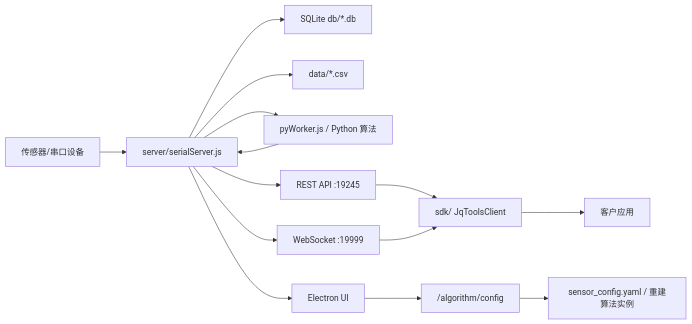
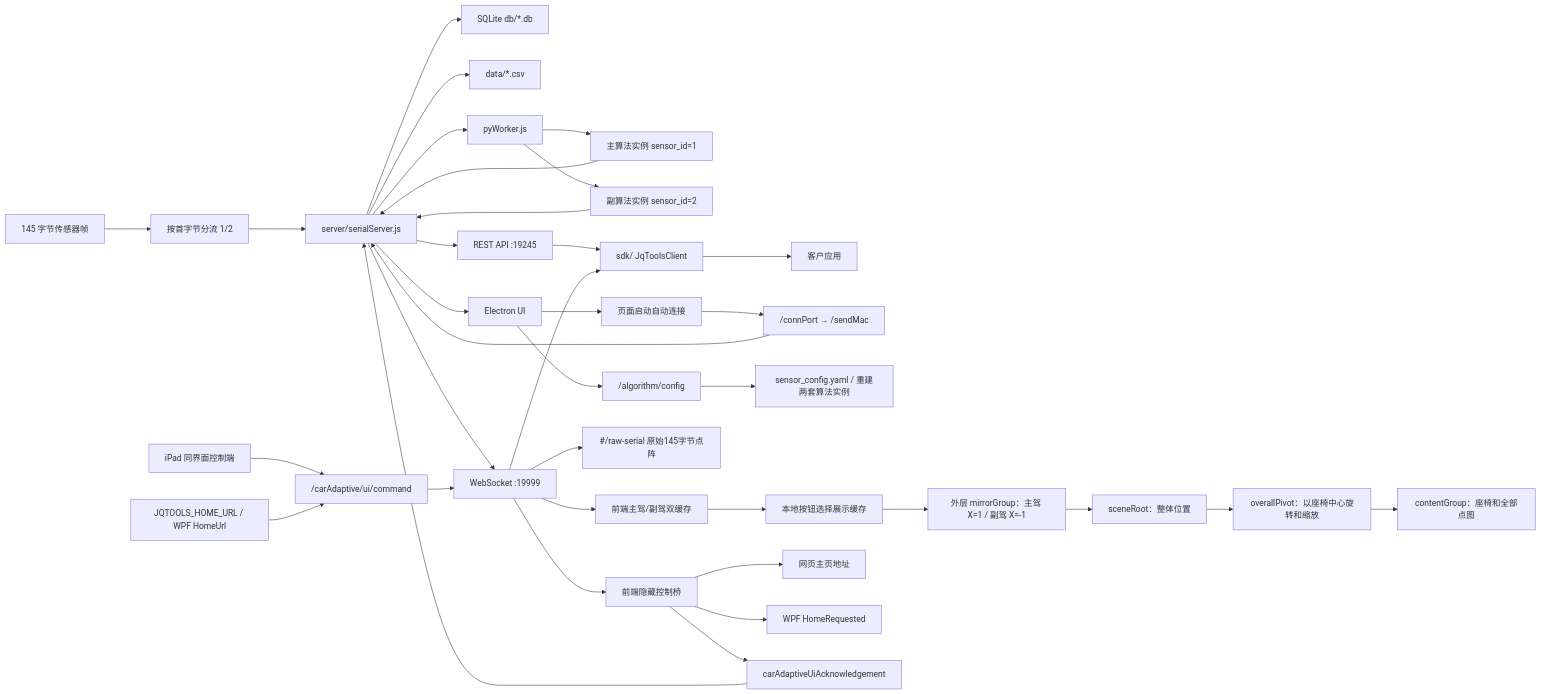
The diagram in ARCHITECTURE.md (liudada118/jqtoolsWin), drawn with Mermaid before and after one commit. The commit also changed other lines of this file and 1263 other files, not shown here.

````diff
--- a/ARCHITECTURE.md
+++ b/ARCHITECTURE.md
@@ -164,16 +216,38 @@
 ```mermaid
 flowchart LR
-  Sensor["传感器/串口设备"] --> Serial["server/serialServer.js"]
+  Sensor["145 字节传感器帧"] --> Splitter["按首字节分流 1/2"]
+  Splitter --> Serial["server/serialServer.js"]
   Serial --> DB["SQLite db/*.db"]
   Serial --> CSV["data/*.csv"]
-  Serial --> Py["pyWorker.js / Python 算法"]
-  Py --> Serial
+  Serial --> PyWorker["pyWorker.js"]
+  PyWorker --> MainPy["主算法实例 sensor_id=1"]
+  PyWorker --> SecondaryPy["副算法实例 sensor_id=2"]
+  MainPy --> Serial
+  SecondaryPy --> Serial
   Serial --> WS["WebSocket :19999"]
   Serial --> REST["REST API :19245"]
   REST --> SDK["sdk/ JqToolsClient"]
   WS --> SDK
   SDK --> Customer["客户应用"]
   Serial --> UI["Electron UI"]
+  UI --> Startup["页面启动自动连接"]
+  Startup --> ConnectApi["/connPort → /sendMac"]
+  ConnectApi --> Serial
   UI --> ConfigApi["/algorithm/config"]
-  ConfigApi --> PyConfig["sensor_config.yaml / 重建算法实例"]
+  ConfigApi --> PyConfig["sensor_config.yaml / 重建两套算法实例"]
+  WS --> DualCache["前端主驾/副驾双缓存"]
+  DualCache --> DisplaySelector["本地按钮选择展示缓存"]
+  DisplaySelector --> SensorView["外层 mirrorGroup：主驾 X=1 / 副驾 X=-1"]
+  SensorView --> SceneRoot["sceneRoot：整体位置"]
+  SceneRoot --> OverallPivot["overallPivot：以座椅中心旋转和缩放"]
+  OverallPivot --> ThreeContent["contentGroup：座椅和全部点图"]
+  WS --> RawSerial["#/raw-serial 原始145字节点阵"]
+  Remote["iPad 同界面控制端"] --> UiApi["/carAdaptive/ui/command"]
+  UiApi --> WS
+  WS --> UiBridge["前端隐藏控制桥"]
+  HomeConfig["JQTOOLS_HOME_URL / WPF HomeUrl"] --> UiApi
+  UiBridge --> WebHome["网页主页地址"]
+  UiBridge --> WpfHome["WPF HomeRequested"]
+  UiBridge --> UiAck["carAdaptiveUiAcknowledgement"]
+  UiAck --> Serial
 ```
````
